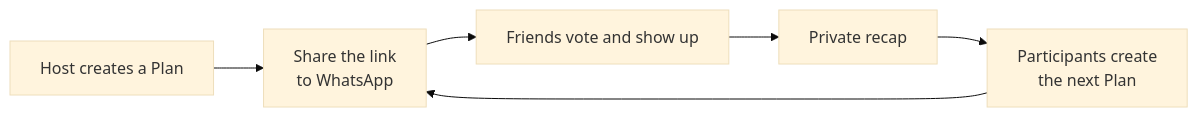
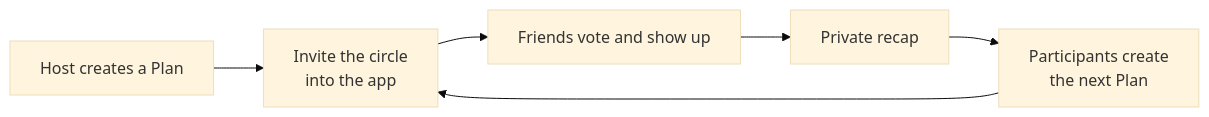
The third of 3 diagrams in concept/README.md (itsmhp/SocialMedia), drawn with Mermaid (base theme) before and after one commit. The commit also changed other lines of this file and 11 other files, not shown here.

Commit message:
product: make Unggun fully self-contained (in-app invites/voting/coordination, no WhatsApp sharing)

````diff
--- a/concept/README.md
+++ b/concept/README.md
@@ -66,8 +66,8 @@
 ```mermaid
 flowchart LR
-    A[Host creates a Plan] --> B[Share the link<br/>to WhatsApp]
+    A[Host creates a Plan] --> B[Invite the circle<br/>into the app]
     B --> C[Friends vote and show up]
     C --> D[Private recap]
     D --> E[Participants create<br/>the next Plan]
     E --> B
 ```
````
